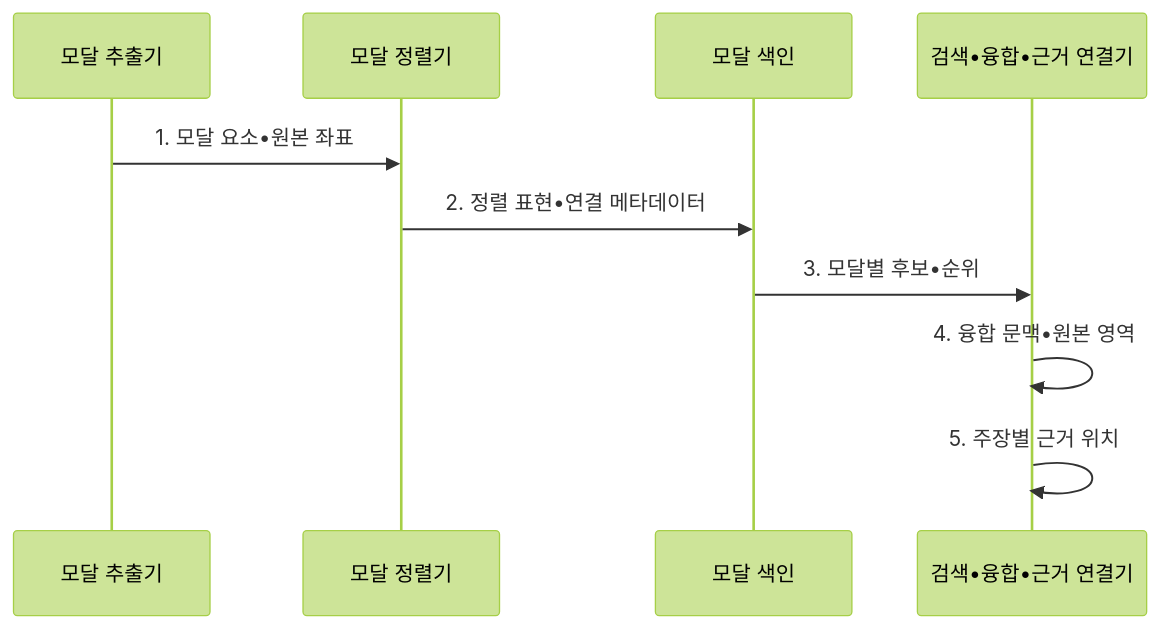
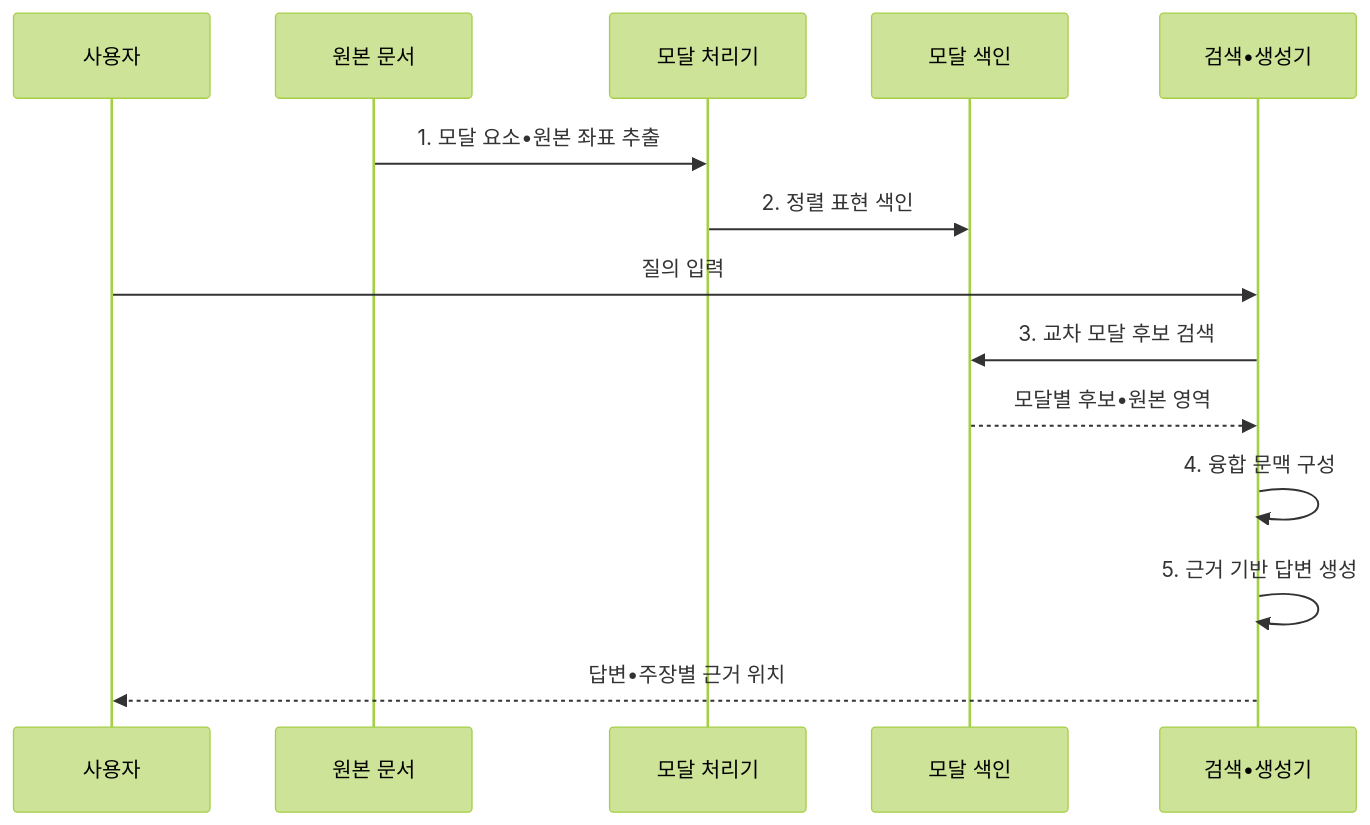
Before and after one commit to agnusdei1207/knowledge-base: the second of 2 diagrams in src/content/docs/notes/08-latest-tech/092_multimodal_rag.md, drawn with Mermaid (forest theme). The commit also changed other lines of this file and 13 other files, not shown here.

````diff
--- a/src/content/docs/notes/08-latest-tech/092_multimodal_rag.md
+++ b/src/content/docs/notes/08-latest-tech/092_multimodal_rag.md
@@ -95,12 +95,16 @@
 ```mermaid
 sequenceDiagram
-  participant X as 모달 추출기
-  participant A as 모달 정렬기
+  participant U as 사용자
+  participant D as 원본 문서
+  participant A as 모달 처리기
   participant I as 모달 색인
-  participant R as 검색•융합•근거 연결기
-  X->>A: 1. 모달 요소•원본 좌표
-  A->>I: 2. 정렬 표현•연결 메타데이터
-  I->>R: 3. 모달별 후보•순위
-  R->>R: 4. 융합 문맥•원본 영역
-  R->>R: 5. 주장별 근거 위치
+  participant R as 검색•생성기
+  D->>A: 1. 모달 요소•원본 좌표 추출
+  A->>I: 2. 정렬 표현 색인
+  U->>R: 질의 입력
+  R->>I: 3. 교차 모달 후보 검색
+  I-->>R: 모달별 후보•원본 영역
+  R->>R: 4. 융합 문맥 구성
+  R->>R: 5. 근거 기반 답변 생성
+  R-->>U: 답변•주장별 근거 위치
 ```
````
